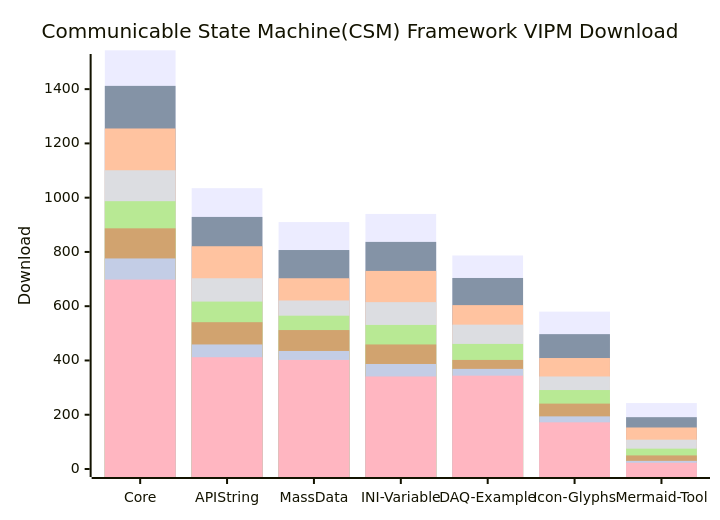
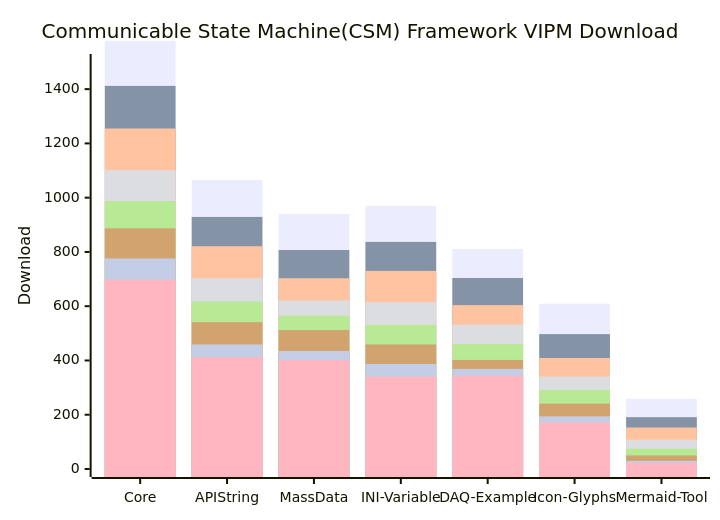
The diagram in profile/README.md (NEVSTOP-LAB/.github), drawn with Mermaid before and after one commit.

````diff
--- a/profile/README.md
+++ b/profile/README.md
@@ -31,14 +31,14 @@
 ```mermaid
     xychart-beta
     title "Communicable State Machine(CSM) Framework VIPM Download"
     x-axis [Core, API String, MassData, INI-Variable, DAQ-Example, Icon-Glyphs, Mermaid-Tool]
     y-axis "Download" 0 --> 1500
-    bar   [1543, 1035, 910, 940, 787, 580, 243]
+    bar   [1578, 1065, 940, 970, 811, 609, 259]
     bar   [1412, 929, 807, 837, 704, 497, 191]
     bar   [1255, 821, 703, 730, 604, 409, 153]
     bar   [1101, 703, 621, 615, 532, 341, 108]
     bar   [987, 617, 565, 531, 461, 291, 75]
     bar   [887, 541, 512, 459, 402, 241, 50]
     bar   [776, 459, 435, 387, 369, 194, 30]
     bar   [698, 412, 402, 341, 344, 172, 23]
 ```
````
